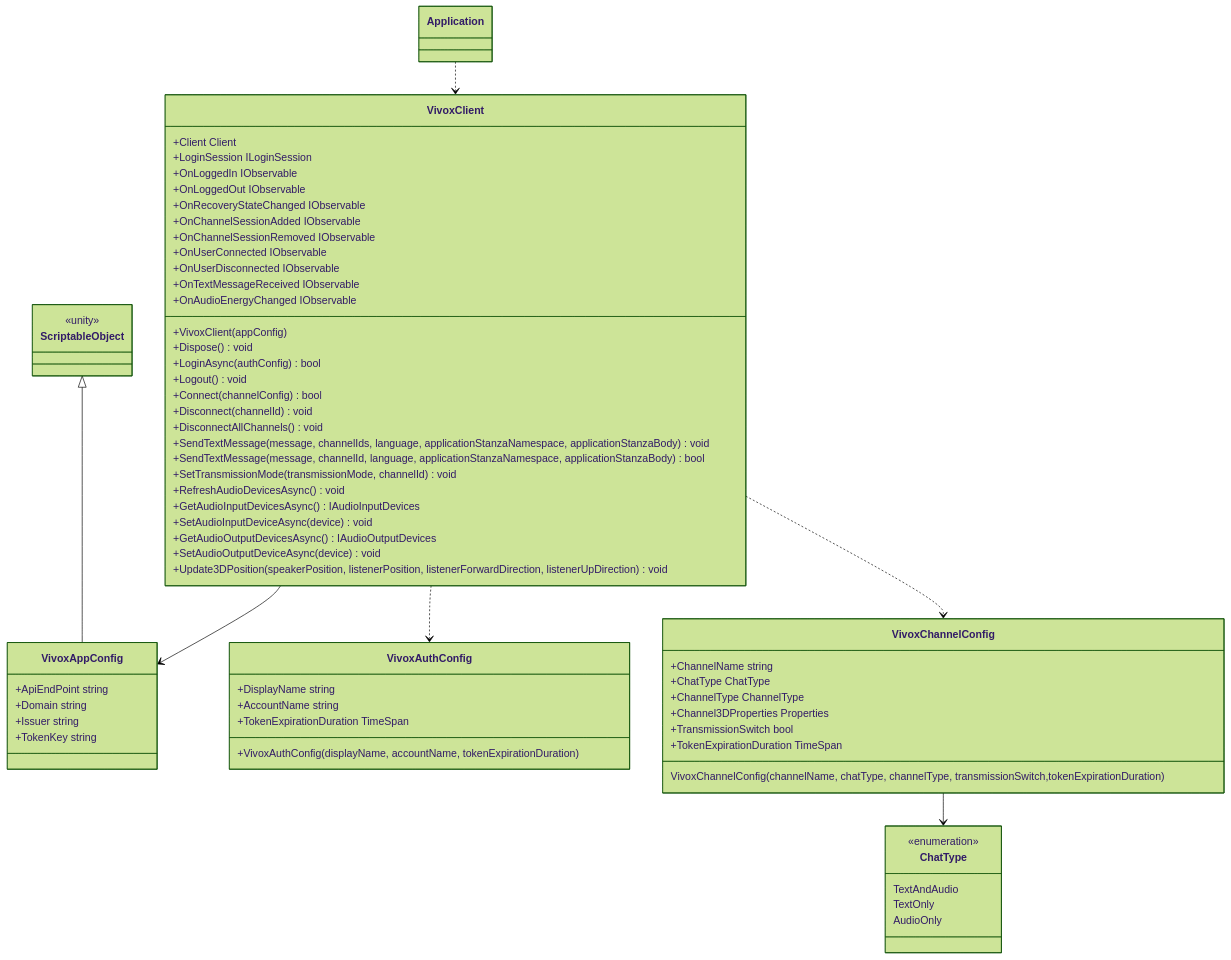
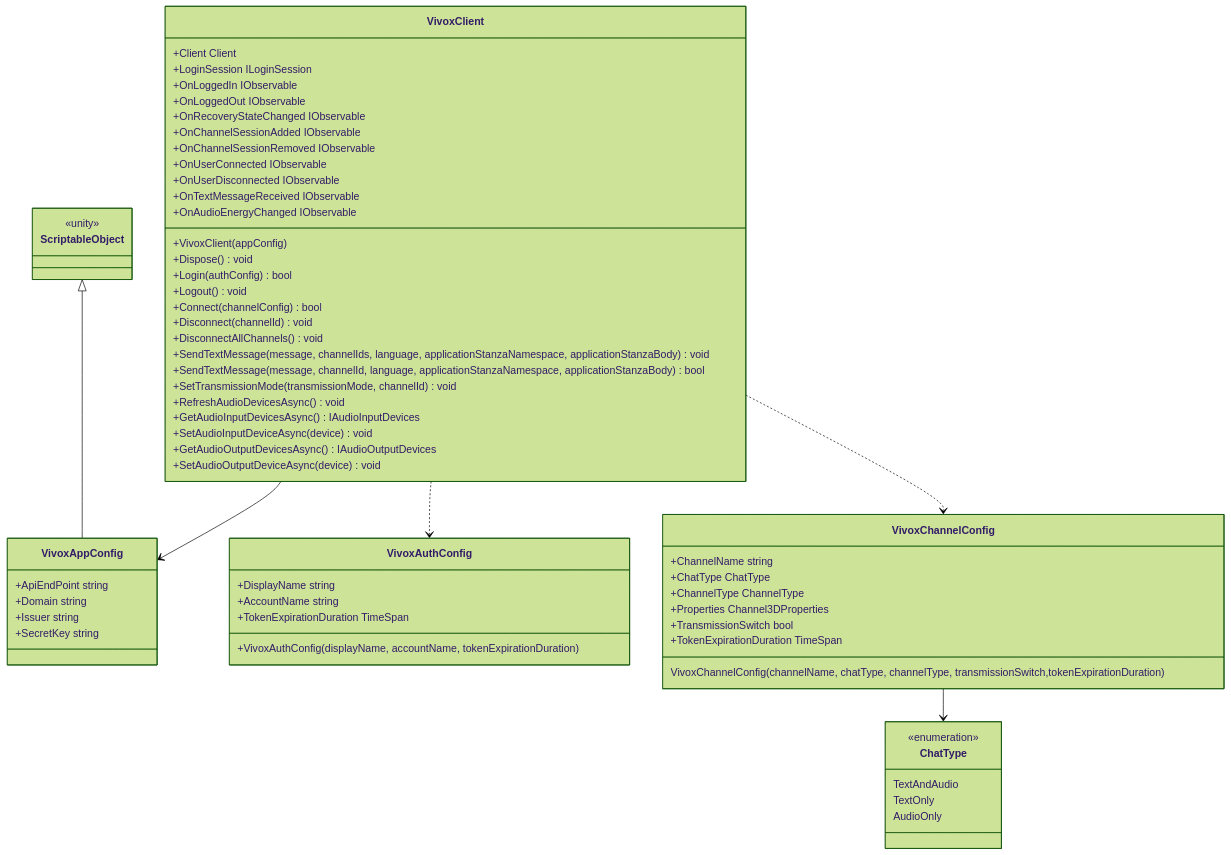
The diagram in docs/integration/chat.vivox.md (extreal-dev/Extreal.Guide), drawn with Mermaid (forest theme) before and after one commit.

Commit message:
Chat.Vivoxのガイドとソースの整合性を見直し

````diff
--- a/docs/integration/chat.vivox.md
+++ b/docs/integration/chat.vivox.md
@@ -40,78 +40,73 @@
 ```mermaid
 classDiagram
 
-    Application ..> VivoxClient
     VivoxClient --> VivoxAppConfig
     VivoxClient ..> VivoxAuthConfig
     VivoxClient ..> VivoxChannelConfig
     VivoxChannelConfig --> ChatType
     ScriptableObject <|-- VivoxAppConfig
-
-    class Application {
-    }
 
     class VivoxClient {
         +Client Client
         +LoginSession ILoginSession
         +OnLoggedIn IObservable
         +OnLoggedOut IObservable
         +OnRecoveryStateChanged IObservable
         +OnChannelSessionAdded IObservable
         +OnChannelSessionRemoved IObservable
         +OnUserConnected IObservable
         +OnUserDisconnected IObservable
         +OnTextMessageReceived IObservable
         +OnAudioEnergyChanged IObservable
         +VivoxClient(appConfig)
         +Dispose() void
-        +LoginAsync(authConfig) bool
+        +Login(authConfig) bool
         +Logout() void
         +Connect(channelConfig) bool
         +Disconnect(channelId) void
         +DisconnectAllChannels() void
         +SendTextMessage(message, channelIds, language, applicationStanzaNamespace, applicationStanzaBody) void
         +SendTextMessage(message, channelId, language, applicationStanzaNamespace, applicationStanzaBody) bool
         +SetTransmissionMode(transmissionMode, channelId) void
         +RefreshAudioDevicesAsync() void
         +GetAudioInputDevicesAsync() IAudioInputDevices
         +SetAudioInputDeviceAsync(device) void
         +GetAudioOutputDevicesAsync() IAudioOutputDevices
         +SetAudioOutputDeviceAsync(device) void
-        +Update3DPosition(speakerPosition, listenerPosition, listenerForwardDirection, listenerUpDirection) void
     }
 
     class VivoxAppConfig {
         +ApiEndPoint string
         +Domain string
         +Issuer string
-        +TokenKey string
+        +SecretKey string
     }
 
     class VivoxAuthConfig {
         +DisplayName string
         +AccountName string
         +TokenExpirationDuration TimeSpan
         +VivoxAuthConfig(displayName, accountName,  tokenExpirationDuration)
     }
 
     class ChatType {
         <<enumeration>>
         TextAndAudio
         TextOnly
         AudioOnly
     }
 
     class VivoxChannelConfig {
         +ChannelName string
         +ChatType ChatType
         +ChannelType ChannelType
-        +Channel3DProperties Properties
+        +Properties Channel3DProperties
         +TransmissionSwitch bool
         +TokenExpirationDuration TimeSpan
         VivoxChannelConfig(channelName, chatType, channelType, transmissionSwitch,tokenExpirationDuration)
     }
 
     class ScriptableObject {
         <<unity>>
     }
 ```
````
